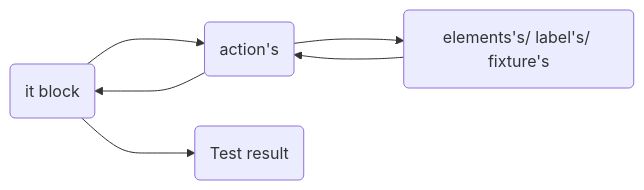
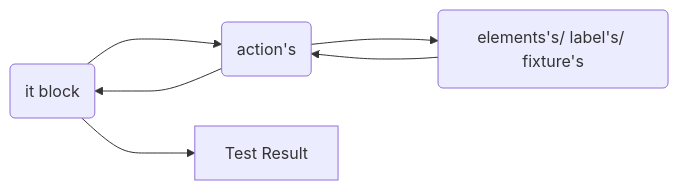
One commit to tayyabsaleem7756/ignicube changed the diagram in README.md. Above: the diagram before and after it, drawn with Mermaid.

````diff
--- a/README.md
+++ b/README.md
@@ -86,6 +86,6 @@
 ```mermaid
 graph LR
 A(it block) --->B(action's) --->C(elements's/ label's/ fixture's) 
 C(elements's/ label's/ fixture's) --->B(action's) --->A(it block)
-A(it block) --->D(Test result)
+A(it block) --->D[Test Result]
 ```
````
